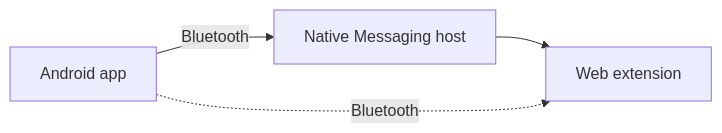
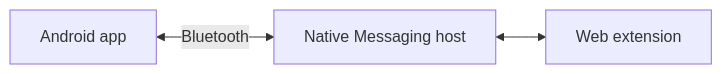
The second of 2 diagrams in docs/dev/architecture.mdx (raidenyn/veles-android), drawn with Mermaid before and after one commit. The commit also changed 14 other files, not shown here.

Commit message:
docs(docs): correct the architecture diagram and developer page links

````diff
--- a/docs/dev/architecture.mdx
+++ b/docs/dev/architecture.mdx
@@ -29,6 +29,5 @@
 ```mermaid
 flowchart LR
-  A[Android app] -- Bluetooth --> H[Native Messaging host]
-  H --> E[Web extension]
-  A -. Bluetooth .-> E
+  A[Android app] <-- Bluetooth --> H[Native Messaging host]
+  H <--> E[Web extension]
 ```
````
